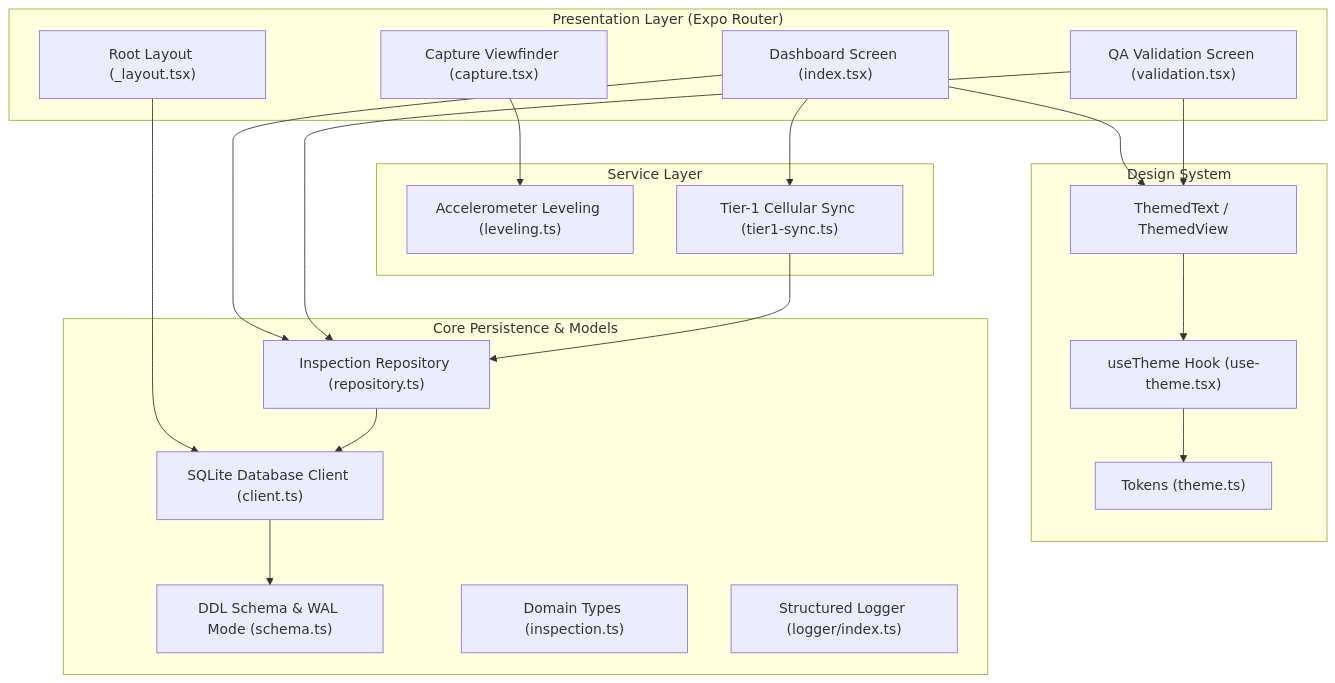
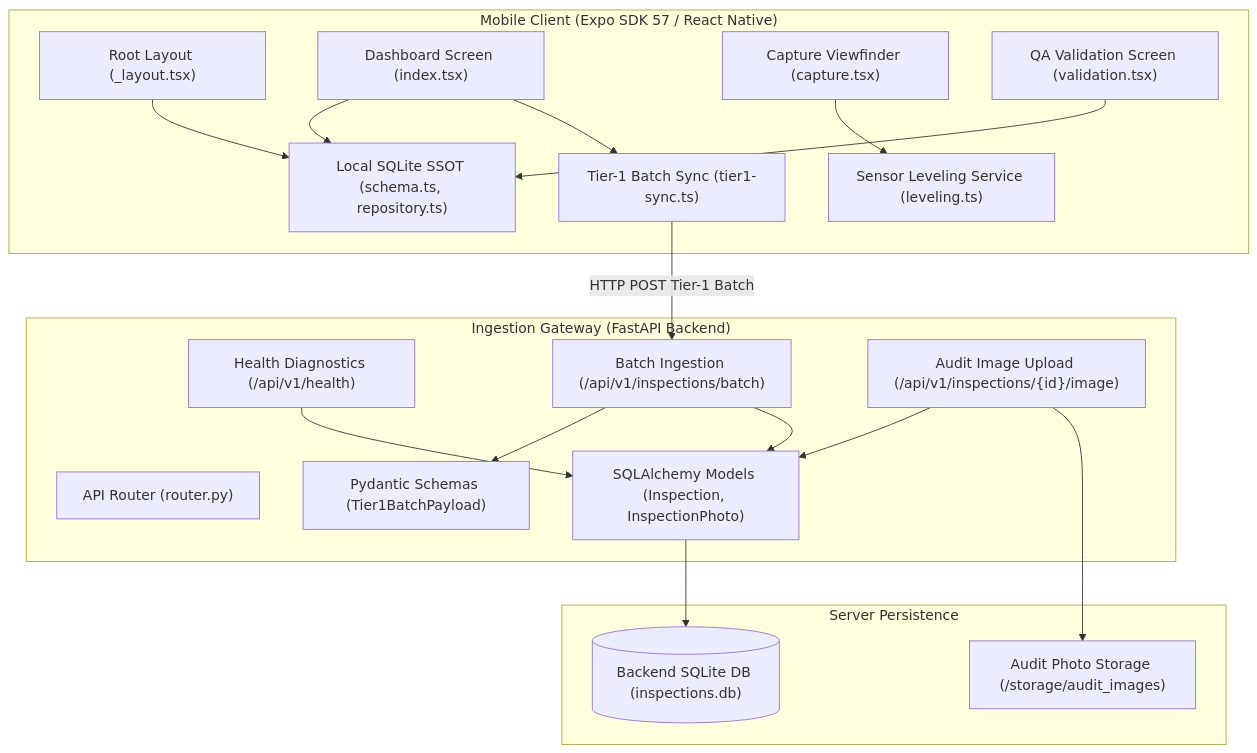
Before and after one commit to frankmathewsajan/psychic-spark: the first of 2 diagrams in README.md, drawn with Mermaid. The commit also changed other lines of this file, not shown here.

Commit message:
docs: update README with full-stack architecture, gateway endpoints, and data flow diagrams

````diff
--- a/README.md
+++ b/README.md
@@ -7,41 +7,39 @@
 ```mermaid
 graph TD
-    subgraph UI ["Presentation Layer (Expo Router)"]
+    subgraph Mobile ["Mobile Client (Expo SDK 57 / React Native)"]
         Layout["Root Layout (_layout.tsx)"]
         Dashboard["Dashboard Screen (index.tsx)"]
         Capture["Capture Viewfinder (capture.tsx)"]
         Validation["QA Validation Screen (validation.tsx)"]
+        LocalDB["Local SQLite SSOT (schema.ts, repository.ts)"]
+        Sensors["Sensor Leveling Service (leveling.ts)"]
+        SyncClient["Tier-1 Batch Sync (tier1-sync.ts)"]
     end
 
-    subgraph Design ["Design System"]
-        Theme["Tokens (theme.ts)"]
-        ThemeHook["useTheme Hook (use-theme.tsx)"]
-        ThemedUI["ThemedText / ThemedView"]
+    subgraph Gateway ["Ingestion Gateway (FastAPI Backend)"]
+        Router["API Router (router.py)"]
+        HealthEndpoint["Health Diagnostics (/api/v1/health)"]
+        BatchEndpoint["Batch Ingestion (/api/v1/inspections/batch)"]
+        ImageEndpoint["Audit Image Upload (/api/v1/inspections/{id}/image)"]
+        ORMLayer["SQLAlchemy Models (Inspection, InspectionPhoto)"]
+        Schemas["Pydantic Schemas (Tier1BatchPayload)"]
     end
 
-    subgraph Services ["Service Layer"]
-        Leveling["Accelerometer Leveling (leveling.ts)"]
-        Sync["Tier-1 Cellular Sync (tier1-sync.ts)"]
+    subgraph Storage ["Server Persistence"]
+        ServerDB[("Backend SQLite DB (inspections.db)")]
+        ImageDisk["Audit Photo Storage (/storage/audit_images)"]
     end
 
-    subgraph Core ["Core Persistence & Models"]
-        Repo["Inspection Repository (repository.ts)"]
-        Client["SQLite Database Client (client.ts)"]
-        Schema["DDL Schema & WAL Mode (schema.ts)"]
-        Types["Domain Types (inspection.ts)"]
-        Logger["Structured Logger (logger/index.ts)"]
-    end
-
-    Layout --> Client
-    Dashboard --> Repo
-    Dashboard --> Sync
-    Capture --> Leveling
-    Validation --> Repo
-    Sync --> Repo
-    Repo --> Client
-    Client --> Schema
-    Dashboard --> ThemedUI
-    Validation --> ThemedUI
-    ThemedUI --> ThemeHook
-    ThemeHook --> Theme
+    Layout --> LocalDB
+    Dashboard --> LocalDB
+    Dashboard --> SyncClient
+    Capture --> Sensors
+    Validation --> LocalDB
+    SyncClient -->|HTTP POST Tier-1 Batch| BatchEndpoint
+    BatchEndpoint --> Schemas
+    BatchEndpoint --> ORMLayer
+    ImageEndpoint --> ORMLayer
+    ImageEndpoint --> ImageDisk
+    HealthEndpoint --> ORMLayer
+    ORMLayer --> ServerDB
 ```
````
